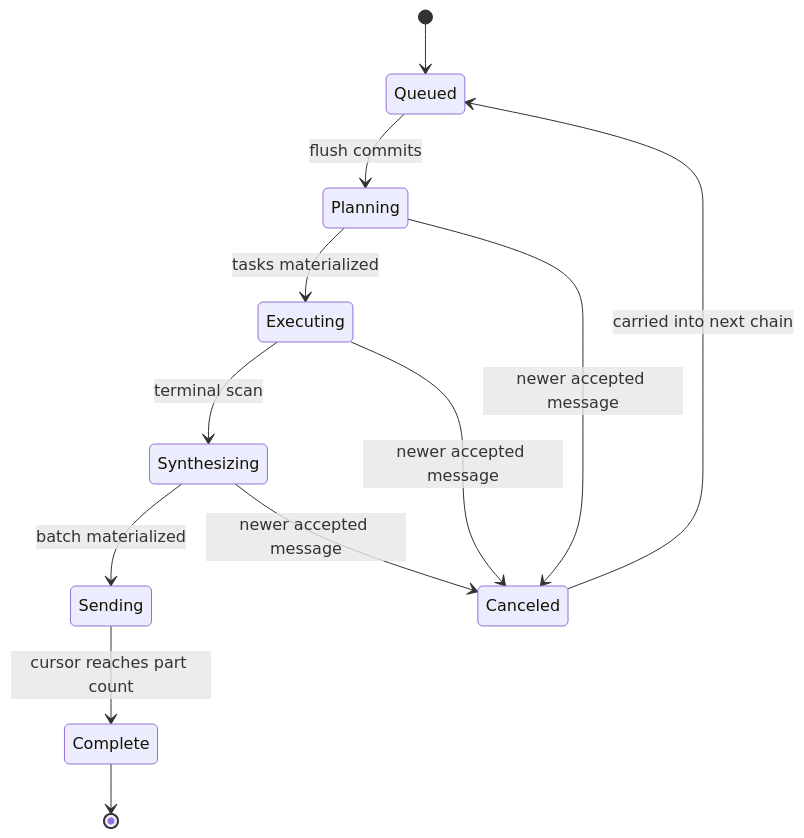
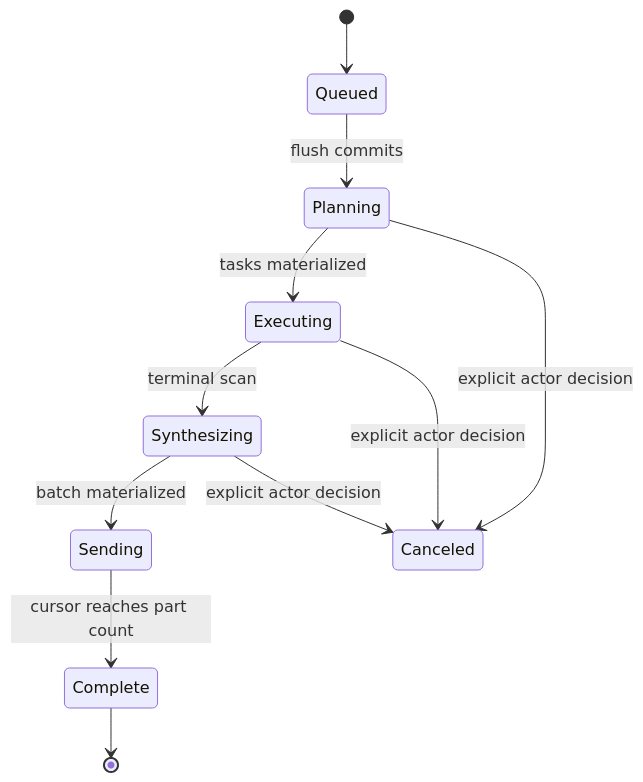
One commit to tecxbro/iMessage-agent-render changed the third of 3 diagrams in docs/ARCHITECTURE.md. Above: the diagram before and after it, drawn with Mermaid. The commit also changed other lines of this file and 40 other files, not shown here.

````diff
--- a/docs/ARCHITECTURE.md
+++ b/docs/ARCHITECTURE.md
@@ -286,15 +328,14 @@
 ```mermaid
 stateDiagram-v2
   [*] --> Queued
   Queued --> Planning: flush commits
   Planning --> Executing: tasks materialized
   Executing --> Synthesizing: terminal scan
   Synthesizing --> Sending: batch materialized
   Sending --> Complete: cursor reaches part count
 
-  Planning --> Canceled: newer accepted message
-  Executing --> Canceled: newer accepted message
-  Synthesizing --> Canceled: newer accepted message
-  Canceled --> Queued: carried into next chain
+  Planning --> Canceled: explicit actor decision
+  Executing --> Canceled: explicit actor decision
+  Synthesizing --> Canceled: explicit actor decision
   Complete --> [*]
 ```
````
